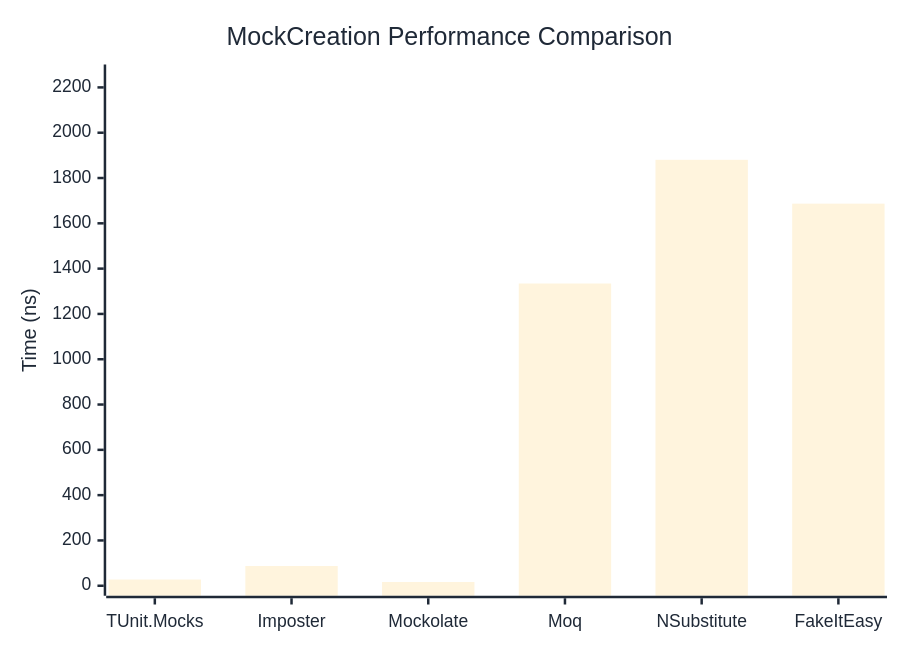
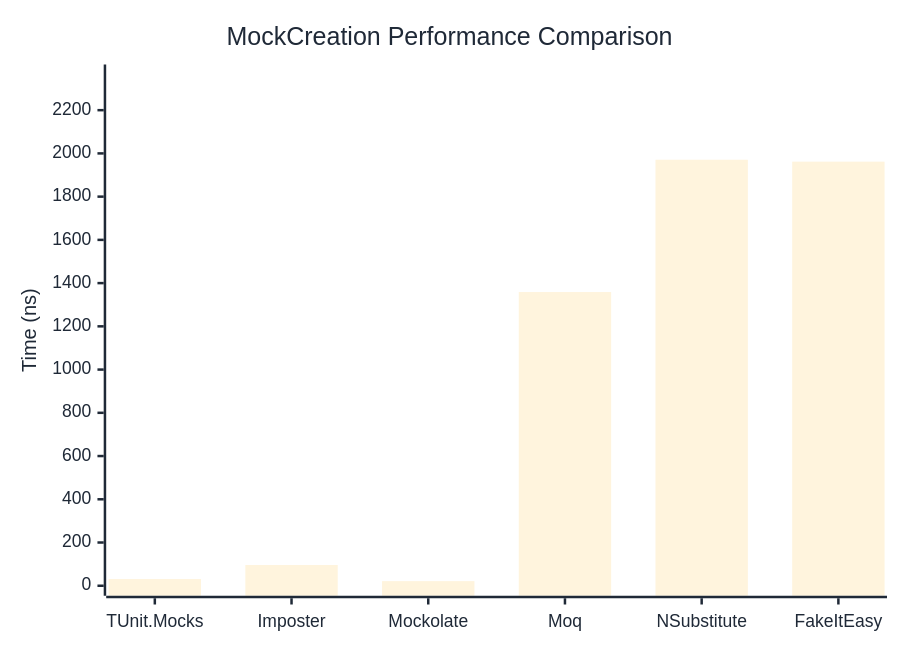
The first of 2 diagrams in docs/docs/benchmarks/mocks/MockCreation.md (thomhurst/TUnit), drawn with Mermaid before and after one commit. The commit also changed other lines of this file and 14 other files, not shown here.

````diff
--- a/docs/docs/benchmarks/mocks/MockCreation.md
+++ b/docs/docs/benchmarks/mocks/MockCreation.md
@@ -30,27 +30,27 @@
 ```mermaid
 %%{init: {
   'theme':'base',
   'themeVariables': {
     'primaryColor': '#2563eb',
     'primaryTextColor': '#1f2937',
     'primaryBorderColor': '#1e40af',
     'lineColor': '#6b7280',
     'secondaryColor': '#7c3aed',
     'tertiaryColor': '#dc2626',
     'background': '#ffffff',
     'pie1': '#2563eb',
     'pie2': '#7c3aed',
     'pie3': '#dc2626',
     'pie4': '#f59e0b',
     'pie5': '#10b981',
     'pie6': '#06b6d4',
     'pie7': '#ec4899',
     'pie8': '#6366f1'
   }
 }}%%
 xychart-beta
   title "MockCreation Performance Comparison"
   x-axis ["TUnit.Mocks", "Imposter", "Mockolate", "Moq", "NSubstitute", "FakeItEasy"]
-  y-axis "Time (ns)" 0 --> 2257
-  bar [27.44, 87.3, 16.58, 1334.3, 1880.41, 1686.81]
+  y-axis "Time (ns)" 0 --> 2365
+  bar [30.95, 96.1, 21.34, 1358.7, 1970.7, 1961.83]
 ```
````
